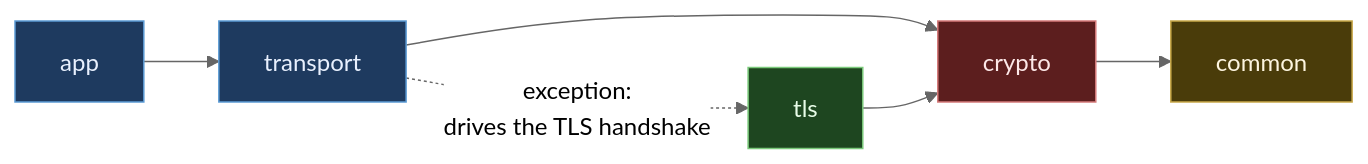
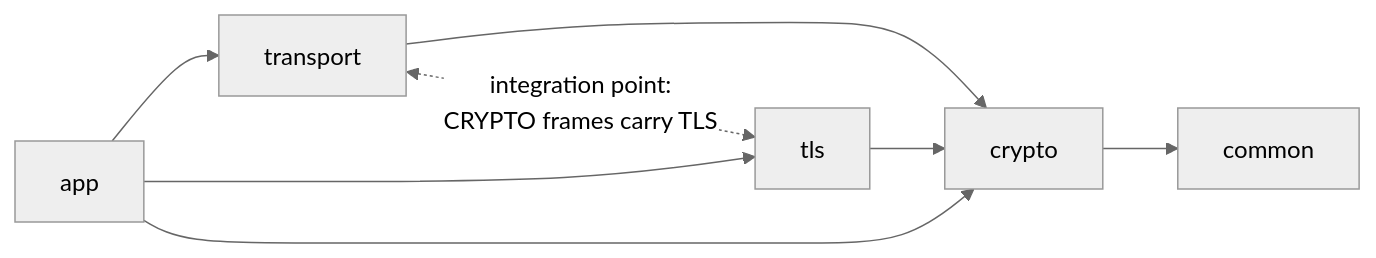
One commit to Hakkadaikon/wired changed the second of 9 diagrams in docs/arch/overview.md. Above: the diagram before and after it, drawn with Mermaid (neutral theme). The commit also changed other lines of this file, not shown here.

````diff
--- a/docs/arch/overview.md
+++ b/docs/arch/overview.md
@@ -55,11 +104,8 @@
 ```mermaid
 graph LR
     app --> transport --> crypto --> common
-    transport -. "exception:<br/>drives the TLS handshake" .-> tls --> crypto
-
-    style app fill:#1e3a5f,stroke:#5b9bd5,color:#e8f0fe
-    style transport fill:#1e3a5f,stroke:#5b9bd5,color:#e8f0fe
-    style tls fill:#1e4620,stroke:#7ac97a,color:#e8fde8
-    style crypto fill:#5c1e1e,stroke:#d57a7a,color:#fde8e8
-    style common fill:#4a3c0a,stroke:#c9a94a,color:#fdf5e0
+    app --> tls
+    app --> crypto
+    transport <-. "integration point:<br/>CRYPTO frames carry TLS" .-> tls
+    tls --> crypto
 ```
````
